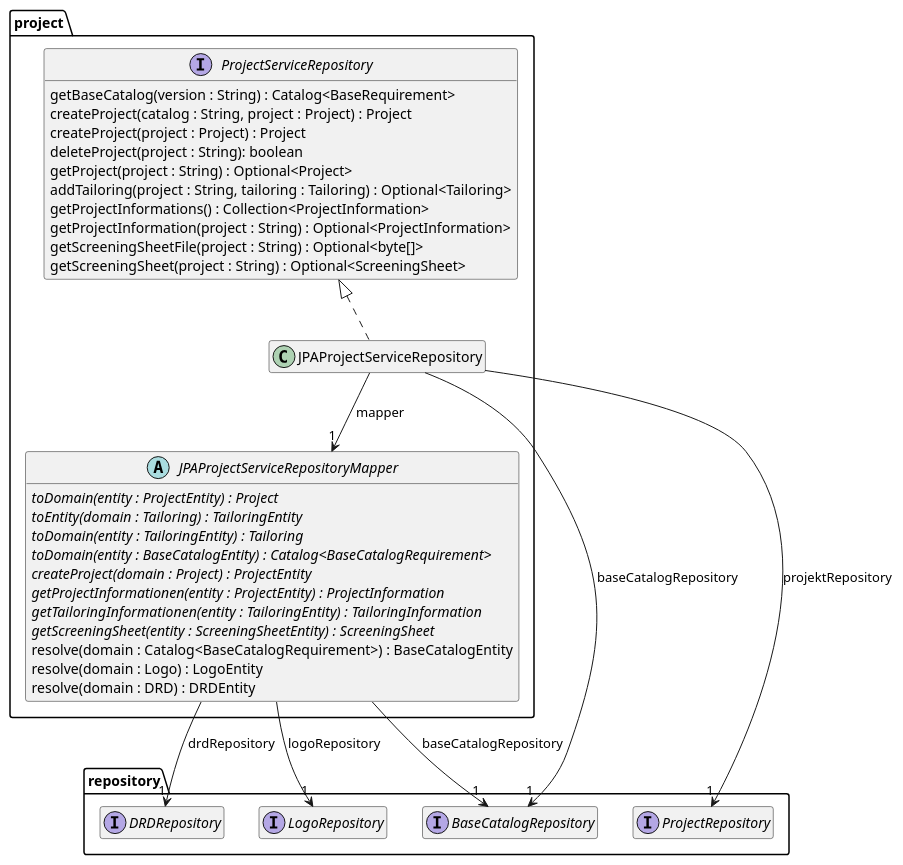
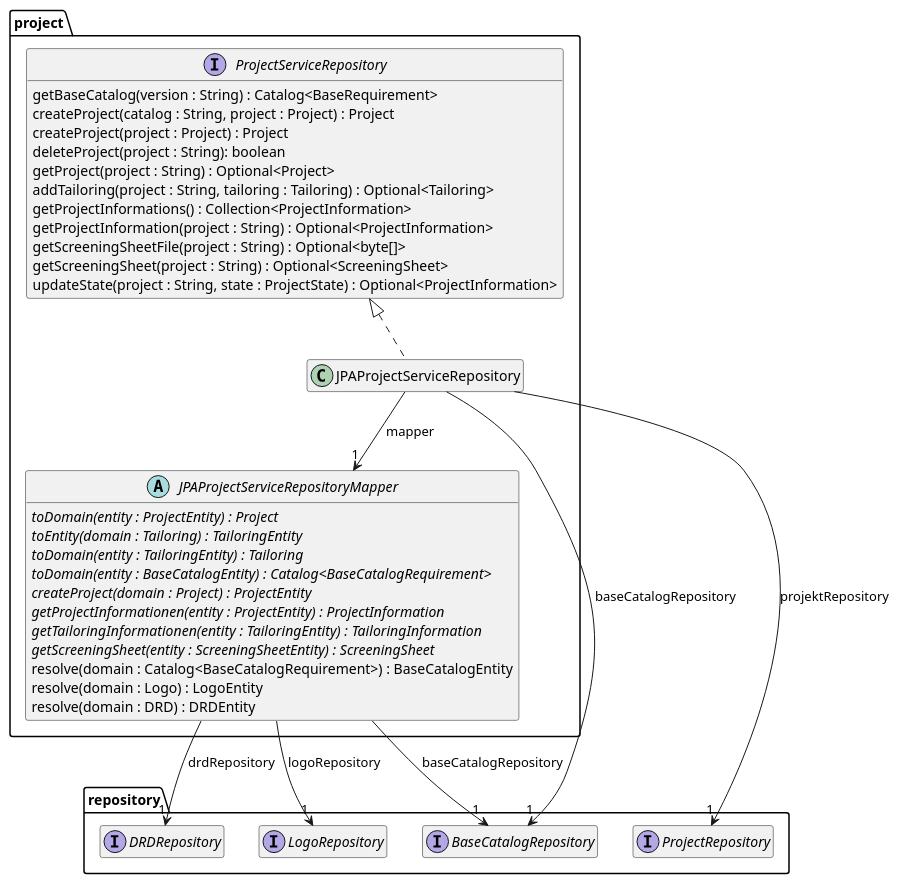
The diagram in src/site/arc42/plantuml/data-jpa/project/Ebene3.plantuml (tailoringexpert/platform), drawn with PlantUML before and after one commit. The commit also changed 6 other files, not shown here.

```diff
--- a/src/site/arc42/plantuml/data-jpa/project/Ebene3.plantuml
+++ b/src/site/arc42/plantuml/data-jpa/project/Ebene3.plantuml
@@ -1,50 +1,51 @@
 @startuml Ebene3.png
 hide empty members
 
 package repository {
     interface BaseCatalogRepository
     interface LogoRepository
     interface ProjectRepository
     interface DRDRepository
 }
 package project {
 
     interface ProjectServiceRepository {
         getBaseCatalog(version : String) : Catalog<BaseRequirement>
         createProject(catalog : String, project : Project) : Project
         createProject(project : Project) : Project
         deleteProject(project : String): boolean
         getProject(project : String) : Optional<Project>
         addTailoring(project : String, tailoring : Tailoring) : Optional<Tailoring>
         getProjectInformations() : Collection<ProjectInformation>
         getProjectInformation(project : String) : Optional<ProjectInformation>
         getScreeningSheetFile(project : String) : Optional<byte[]>
         getScreeningSheet(project : String) : Optional<ScreeningSheet>
+        updateState(project : String, state : ProjectState) : Optional<ProjectInformation>
     }
 
     abstract class JPAProjectServiceRepositoryMapper {
         {abstract} toDomain(entity : ProjectEntity) : Project
         {abstract} toEntity(domain : Tailoring) : TailoringEntity
         {abstract} toDomain(entity : TailoringEntity) : Tailoring
         {abstract} toDomain(entity : BaseCatalogEntity) : Catalog<BaseCatalogRequirement>
         {abstract} createProject(domain : Project) : ProjectEntity
         {abstract} getProjectInformationen(entity : ProjectEntity) : ProjectInformation
         {abstract} getTailoringInformationen(entity : TailoringEntity) : TailoringInformation
         {abstract} getScreeningSheet(entity : ScreeningSheetEntity) : ScreeningSheet
         resolve(domain : Catalog<BaseCatalogRequirement>) : BaseCatalogEntity
         resolve(domain : Logo) : LogoEntity
         resolve(domain : DRD) : DRDEntity
     }
     JPAProjectServiceRepositoryMapper --> "1" LogoRepository : logoRepository
     JPAProjectServiceRepositoryMapper --> "1" BaseCatalogRepository : baseCatalogRepository
     JPAProjectServiceRepositoryMapper --> "1" DRDRepository : drdRepository
 
     class JPAProjectServiceRepository {
     }
     ProjectServiceRepository <|.. JPAProjectServiceRepository
     JPAProjectServiceRepository --> "1" JPAProjectServiceRepositoryMapper : mapper
     JPAProjectServiceRepository --> "1" ProjectRepository : projektRepository
     JPAProjectServiceRepository --> "1" BaseCatalogRepository : baseCatalogRepository
 
 }
 @enduml
```
